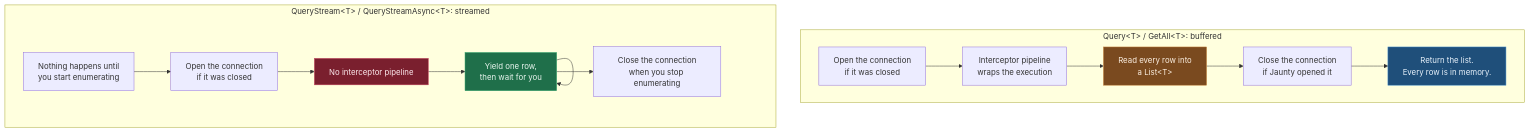
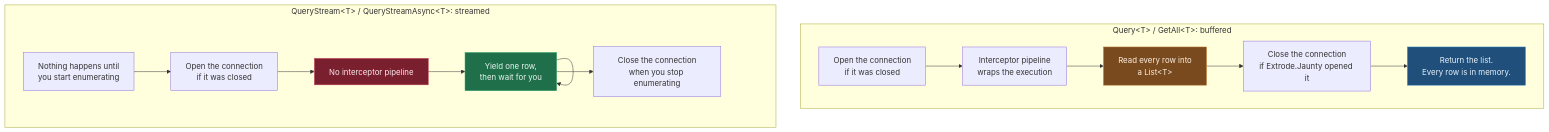
The diagram in docs/01-api-reference/streaming-methods.md (extrode/jaunty), drawn with Mermaid before and after one commit. The commit also changed 2484 other files, not shown here.

First line of the commit message:
refactor: rename Jaunty.* namespaces/projects to Extrode.Jaunty.* for parity

````diff
--- a/docs/01-api-reference/streaming-methods.md
+++ b/docs/01-api-reference/streaming-methods.md
@@ -9,27 +9,27 @@
 ```mermaid
 flowchart TD
     subgraph B["Query&lt;T&gt; / GetAll&lt;T&gt;: buffered"]
         B1["Open the connection<br/>if it was closed"] --> B2["Interceptor pipeline<br/>wraps the execution"]
         B2 --> B3["Read every row into<br/>a List&lt;T&gt;"]
-        B3 --> B4["Close the connection<br/>if Jaunty opened it"]
+        B3 --> B4["Close the connection<br/>if Extrode.Jaunty opened it"]
         B4 --> B5["Return the list.<br/>Every row is in memory."]
     end
 
     subgraph S["QueryStream&lt;T&gt; / QueryStreamAsync&lt;T&gt;: streamed"]
         S1["Nothing happens until<br/>you start enumerating"] --> S2["Open the connection<br/>if it was closed"]
         S2 --> S3["No interceptor pipeline"]
         S3 --> S4["Yield one row,<br/>then wait for you"]
         S4 --> S4
         S4 --> S5["Close the connection<br/>when you stop enumerating"]
     end
 
     class B3 warn
     class B5 info
     class S3 bad
     class S4 ok
 
     classDef ok fill:#1f6f4a,stroke:#2ea36a,color:#eaf6ef
     classDef bad fill:#7a1f2e,stroke:#c2405a,color:#fdeaee
     classDef info fill:#1f4f7a,stroke:#3a86c8,color:#e8f2fb
     classDef warn fill:#7a4a1f,stroke:#c07c34,color:#fdf1e3
 ```
````
